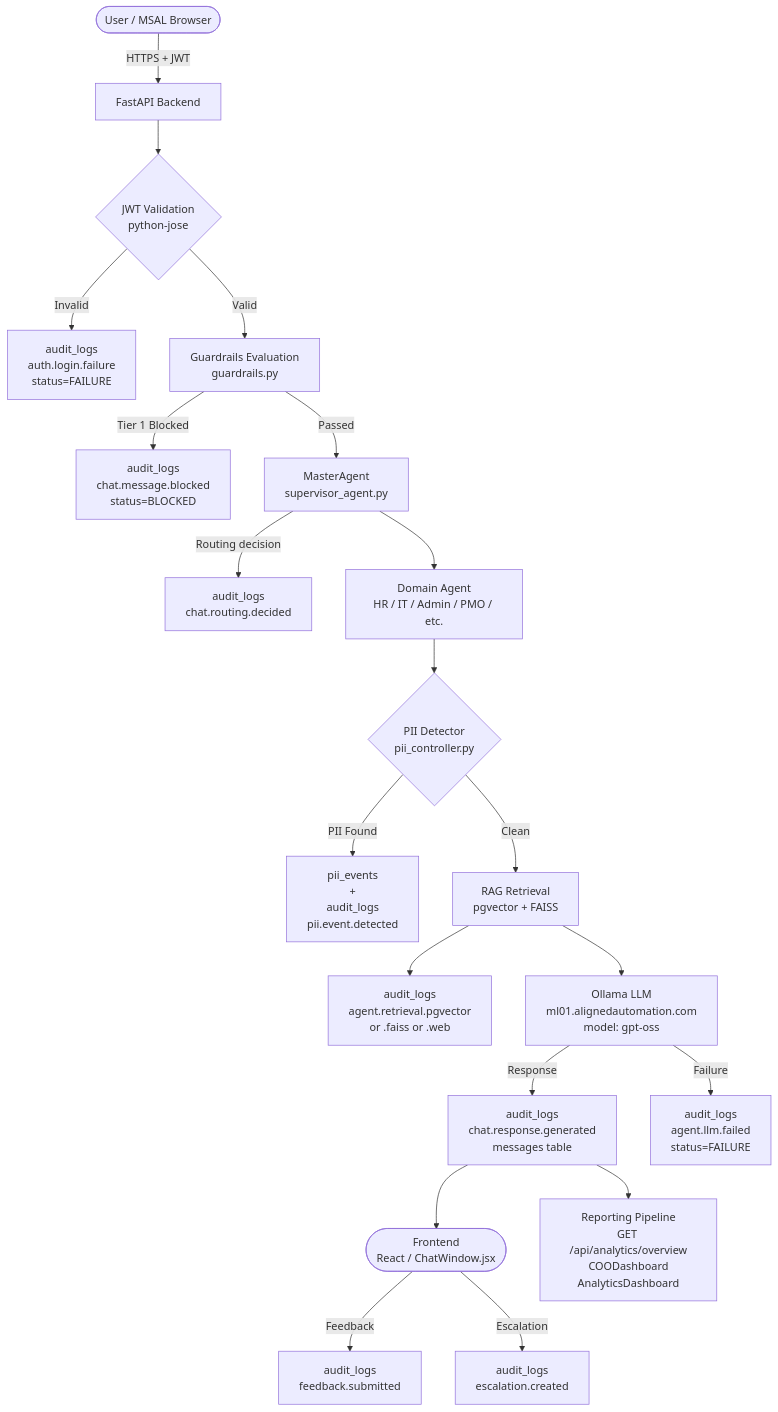
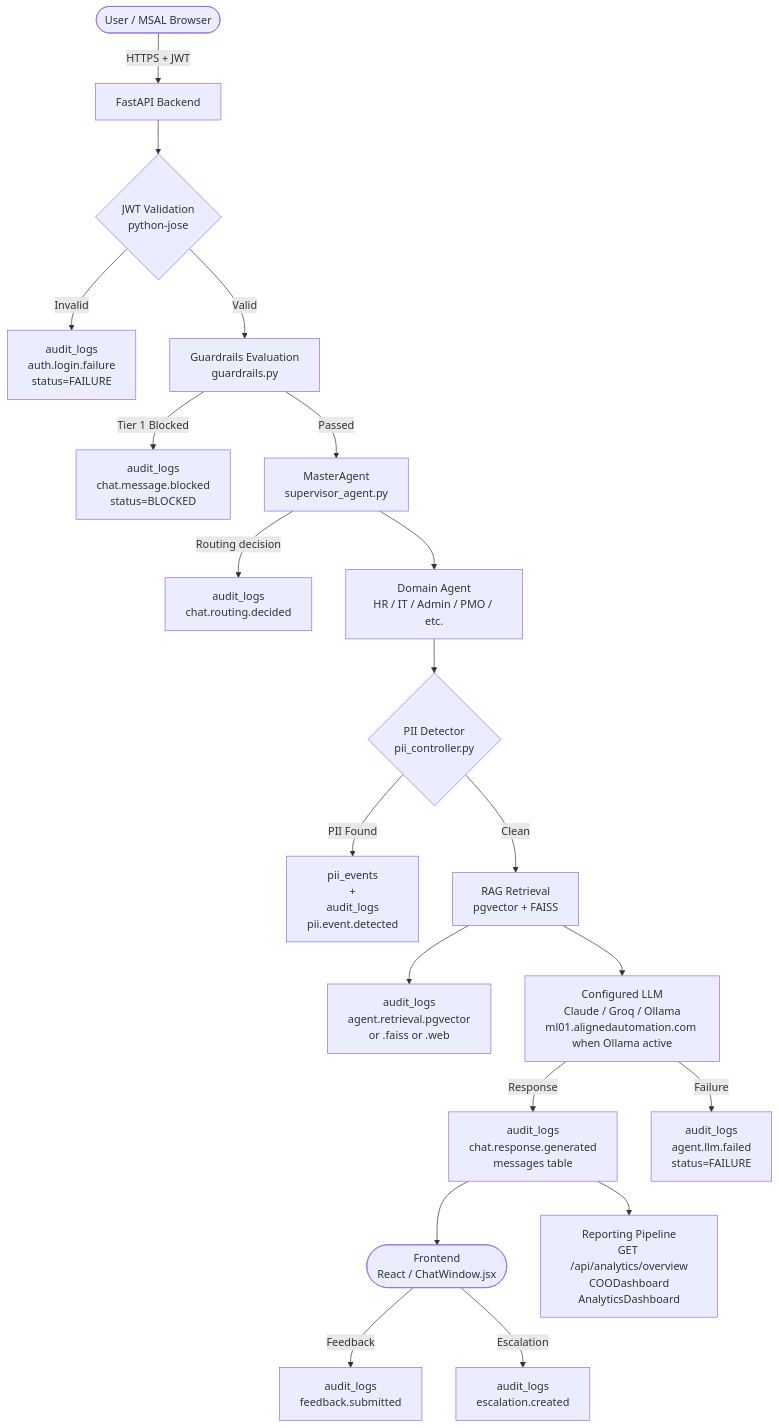
The diagram in knowledge-specs/docs/01-governance/audit-framework.md (pdikondaaa/aa-hackathon), drawn with Mermaid before and after one commit. The commit also changed other lines of this file and 71 other files, not shown here.

````diff
--- a/knowledge-specs/docs/01-governance/audit-framework.md
+++ b/knowledge-specs/docs/01-governance/audit-framework.md
@@ -440,30 +439,30 @@
 ```mermaid
 flowchart TD
     U([User / MSAL Browser]) -->|HTTPS + JWT| API[FastAPI Backend]
 
     API --> AUTH{JWT Validation\npython-jose}
     AUTH -->|Invalid| AFAIL[audit_logs\nauth.login.failure\nstatus=FAILURE]
     AUTH -->|Valid| GUARD[Guardrails Evaluation\nguardrails.py]
 
     GUARD -->|Tier 1 Blocked| ABLK[audit_logs\nchat.message.blocked\nstatus=BLOCKED]
     GUARD -->|Passed| MASTER[MasterAgent\nsupervisor_agent.py]
 
     MASTER -->|Routing decision| AROUT[audit_logs\nchat.routing.decided]
     MASTER --> AGENT[Domain Agent\nHR / IT / Admin / PMO / etc.]
 
     AGENT --> PII{PII Detector\npii_controller.py}
     PII -->|PII Found| APII[pii_events\n+\naudit_logs\npii.event.detected]
     PII -->|Clean| RAG[RAG Retrieval\npgvector + FAISS]
 
     RAG --> ARAG[audit_logs\nagent.retrieval.pgvector\nor .faiss or .web]
-    RAG --> LLM[Ollama LLM\nml01.alignedautomation.com\nmodel: gpt-oss]
+    RAG --> LLM[Configured LLM\nClaude / Groq / Ollama\nml01.alignedautomation.com when Ollama active]
 
     LLM -->|Response| AMSG[audit_logs\nchat.response.generated\nmessages table]
     LLM -->|Failure| AFAIL2[audit_logs\nagent.llm.failed\nstatus=FAILURE]
 
     AMSG --> FE([Frontend\nReact / ChatWindow.jsx])
     FE -->|Feedback| AFB[audit_logs\nfeedback.submitted]
     FE -->|Escalation| AESC[audit_logs\nescalation.created]
 
     AMSG --> RPT[Reporting Pipeline\nGET /api/analytics/overview\nCOODashboard\nAnalyticsDashboard]
 ```
````
